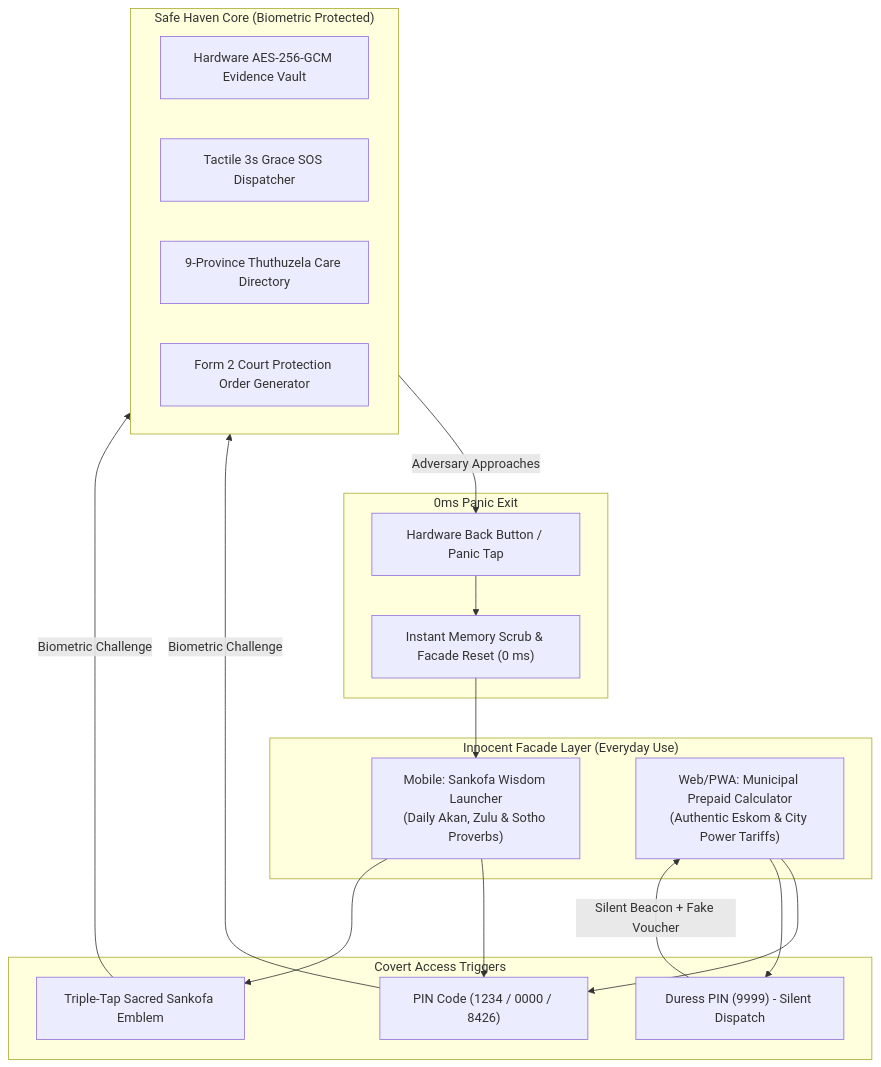
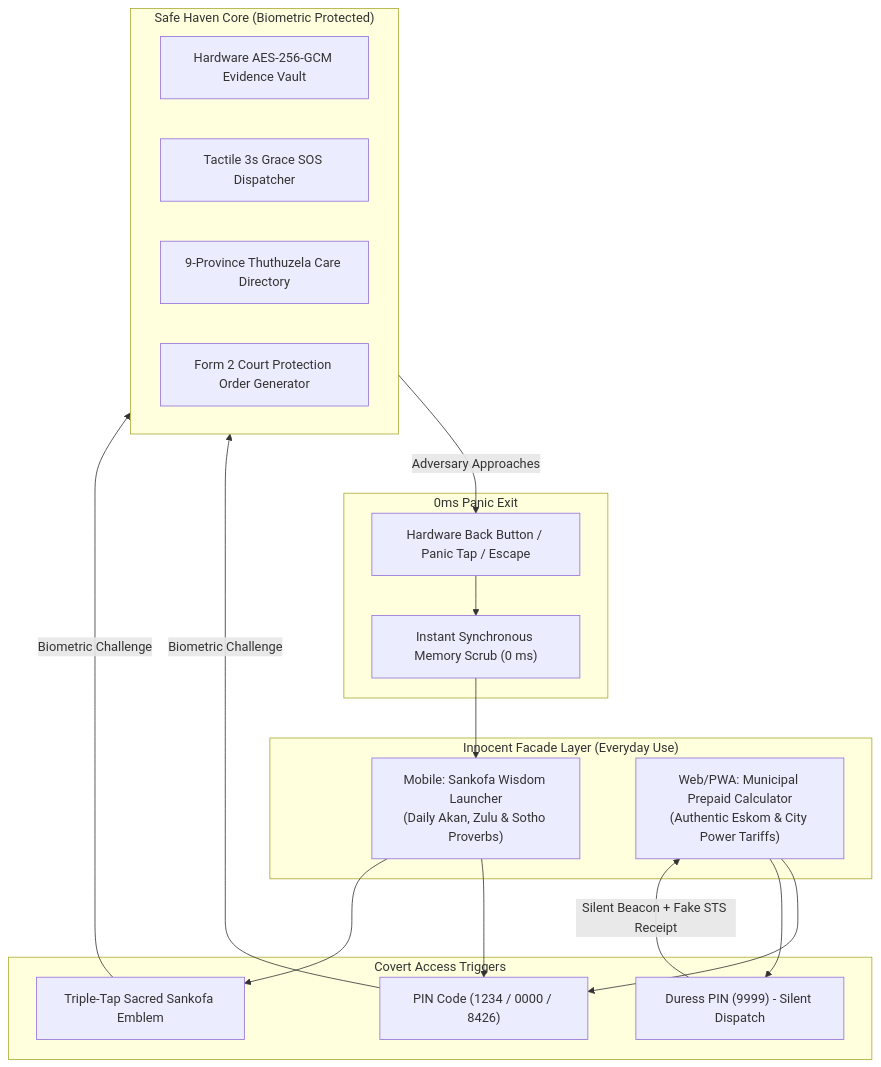
One commit to OhhttooeXCIV/Umkhuseli_The_Protector changed the diagram in README.md. Above: the diagram before and after it, drawn with Mermaid. The commit also changed other lines of this file and 4 other files, not shown here.

````diff
--- a/README.md
+++ b/README.md
@@ -66,31 +129,31 @@
 ```mermaid
 flowchart TD
     subgraph FacadeLayer ["Innocent Facade Layer (Everyday Use)"]
         A["Mobile: Sankofa Wisdom Launcher<br>(Daily Akan, Zulu & Sotho Proverbs)"]
         B["Web/PWA: Municipal Prepaid Calculator<br>(Authentic Eskom & City Power Tariffs)"]
     end
 
     subgraph TriggerLayer ["Covert Access Triggers"]
         T1["PIN Code (1234 / 0000 / 8426)"]
         T2["Triple-Tap Sacred Sankofa Emblem"]
         T3["Duress PIN (9999) - Silent Dispatch"]
     end
 
     subgraph SafeHavenCore ["Safe Haven Core (Biometric Protected)"]
         SH1["Hardware AES-256-GCM Evidence Vault"]
         SH2["Tactile 3s Grace SOS Dispatcher"]
         SH3["9-Province Thuthuzela Care Directory"]
         SH4["Form 2 Court Protection Order Generator"]
     end
 
     subgraph PanicLayer ["0ms Panic Exit"]
-        P1["Hardware Back Button / Panic Tap"]
-        P2["Instant Memory Scrub & Facade Reset (0 ms)"]
+        P1["Hardware Back Button / Panic Tap / Escape"]
+        P2["Instant Synchronous Memory Scrub (0 ms)"]
     end
 
     A --> T1 & T2
     B --> T1 & T3
     T1 & T2 -->|Biometric Challenge| SafeHavenCore
-    T3 -->|Silent Beacon + Fake Voucher| B
+    T3 -->|Silent Beacon + Fake STS Receipt| B
     SafeHavenCore -->|Adversary Approaches| P1 --> P2 --> A
 ```
````
